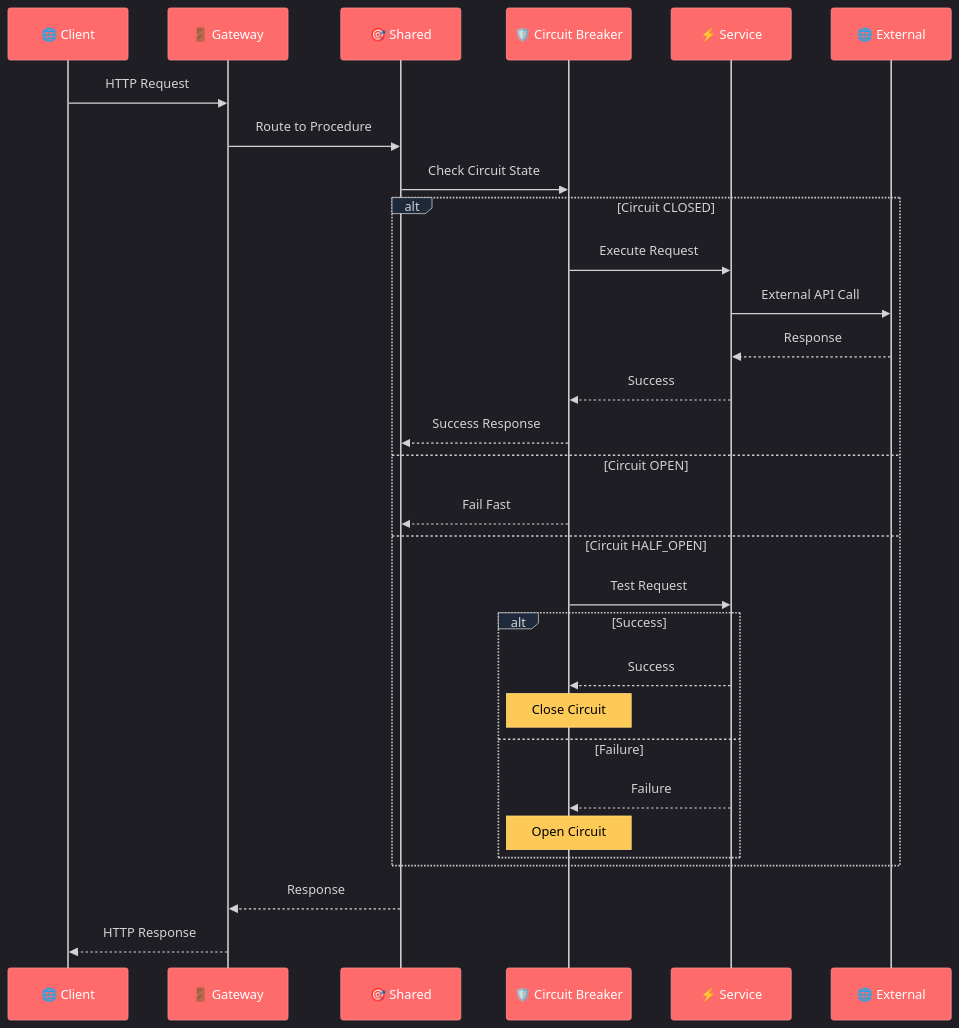
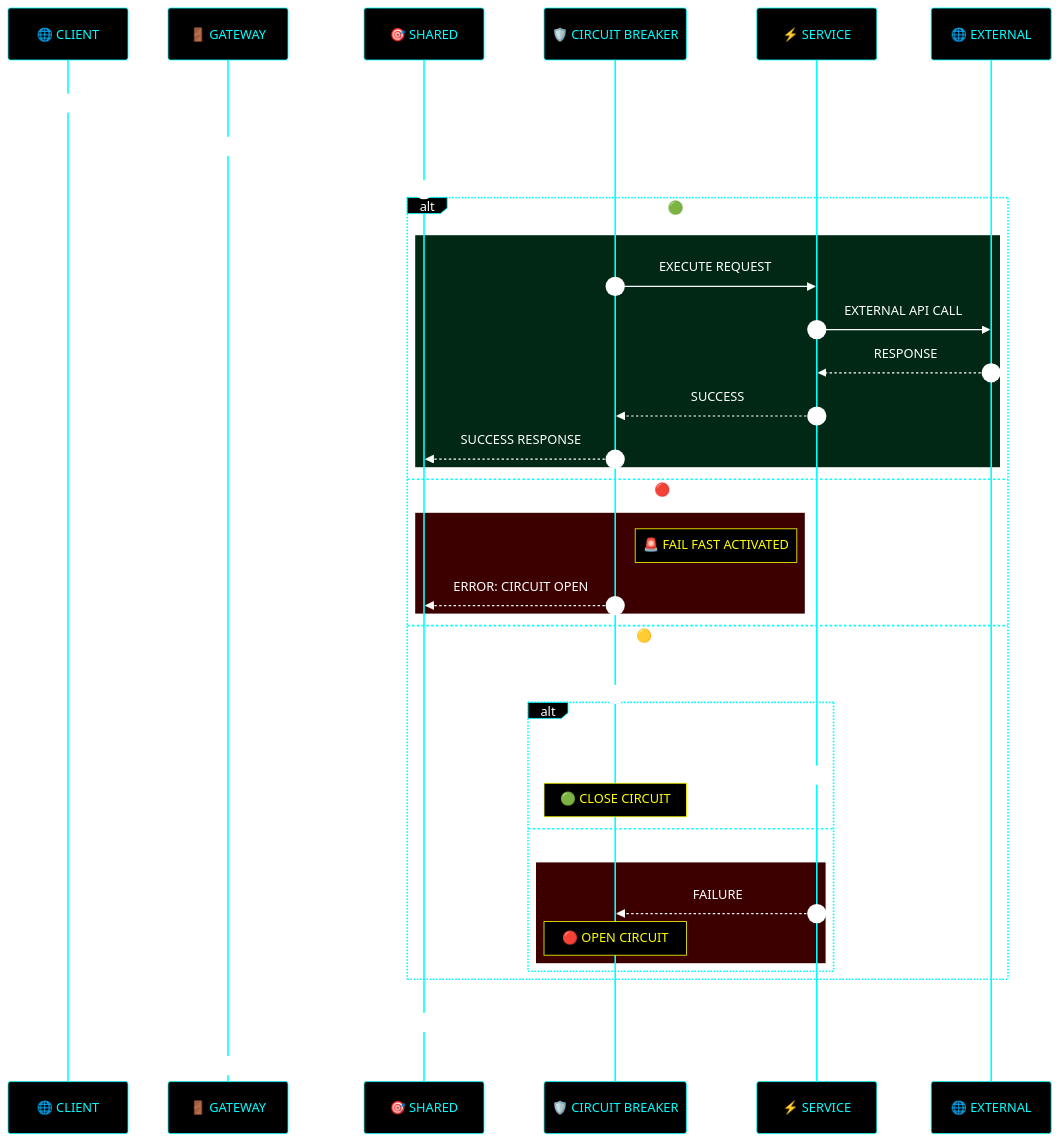
The seventh of 8 diagrams in diagrams/microservices-architecture.md (abdoElHodaky/larvrevrstender), drawn with Mermaid before and after one commit.

````diff
--- a/diagrams/microservices-architecture.md
+++ b/diagrams/microservices-architecture.md
@@ -413,52 +413,69 @@
 ```mermaid
 %%{init: {
-  'theme': 'dark',
+  'theme': 'base',
   'themeVariables': {
-    'actorBkg': '#FF6B6B',
-    'actorBorder': '#FF8E8E',
-    'actorTextColor': '#FFFFFF',
-    'activationBkgColor': '#4ECDC4',
-    'activationBorderColor': '#7ED6D1',
-    'noteBkgColor': '#FECA57',
-    'noteTextColor': '#000000',
-    'noteBorderColor': '#FED876',
-    'background': '#0F172A',
-    'mainBkg': '#1E293B',
-    'primaryTextColor': '#FFFFFF'
+    'background': '#000000',
+    'mainBkg': '#000000',
+    'primaryColor': '#000000',
+    'primaryTextColor': '#FFFFFF',
+    'primaryBorderColor': '#FFFFFF',
+    'lineColor': '#FFFFFF',
+    'actorBkg': '#000000',
+    'actorBorder': '#00FFFF',
+    'actorTextColor': '#00FFFF',
+    'noteBkgColor': '#000000',
+    'noteTextColor': '#FFFF00',
+    'noteBorderColor': '#FFFF00',
+    'activationBkgColor': '#222222',
+    'activationBorderColor': '#00FFFF',
+    'sequenceNumberColor': '#FFFFFF',
+    'labelTextColor': '#FFFFFF',
+    'loopTextColor': '#FFFFFF',
+    'fontSize': '16px',
+    'fontWeight': '900'
   }
 }}%%
 
 sequenceDiagram
-    participant Client as 🌐 Client
-    participant Gateway as 🚪 Gateway
-    participant Shared as 🎯 Shared
-    participant CircuitBreaker as 🛡️ Circuit Breaker
-    participant Service as ⚡ Service
-    participant External as 🌐 External
+    autonumber
+    
+    participant Client as 🌐 CLIENT
+    participant Gateway as 🚪 GATEWAY
+    participant Shared as 🎯 SHARED
+    participant CB as 🛡️ CIRCUIT BREAKER
+    participant Service as ⚡ SERVICE
+    participant Ext as 🌐 EXTERNAL
 
-    Client->>Gateway: HTTP Request
-    Gateway->>Shared: Route to Procedure
-    Shared->>CircuitBreaker: Check Circuit State
+    Client->>Gateway: HTTP REQUEST
+    Gateway->>Shared: ROUTE TO PROCEDURE
+    Shared->>CB: CHECK CIRCUIT STATE
     
-    alt Circuit CLOSED
-        CircuitBreaker->>Service: Execute Request
-        Service->>External: External API Call
-        External-->>Service: Response
-        Service-->>CircuitBreaker: Success
-        CircuitBreaker-->>Shared: Success Response
-    else Circuit OPEN
-        CircuitBreaker-->>Shared: Fail Fast
-    else Circuit HALF_OPEN
-        CircuitBreaker->>Service: Test Request
-        alt Success
-            Service-->>CircuitBreaker: Success
-            Note over CircuitBreaker: Close Circuit
-        else Failure
-            Service-->>CircuitBreaker: Failure
-            Note over CircuitBreaker: Open Circuit
+    alt 🟢 CIRCUIT CLOSED
+        rect rgb(0, 40, 20)
+            CB->>Service: EXECUTE REQUEST
+            Service->>Ext: EXTERNAL API CALL
+            Ext-->>Service: RESPONSE
+            Service-->>CB: SUCCESS
+            CB-->>Shared: SUCCESS RESPONSE
+        end
+    else 🔴 CIRCUIT OPEN
+        rect rgb(60, 0, 0)
+            Note right of CB: 🚨 FAIL FAST ACTIVATED
+            CB-->>Shared: ERROR: CIRCUIT OPEN
+        end
+    else 🟡 CIRCUIT HALF_OPEN
+        CB->>Service: TEST REQUEST
+        alt SUCCESS
+            Service-->>CB: SUCCESS
+            Note over CB: 🟢 CLOSE CIRCUIT
+        else FAILURE
+            rect rgb(60, 0, 0)
+                Service-->>CB: FAILURE
+                Note over CB: 🔴 OPEN CIRCUIT
+            end
         end
     end
     
-    Shared-->>Gateway: Response
-    Gateway-->>Client: HTTP Response
+    Shared-->>Gateway: FINAL RESPONSE
+    Gateway-->>Client: HTTP RESPONSE
 ```
````
